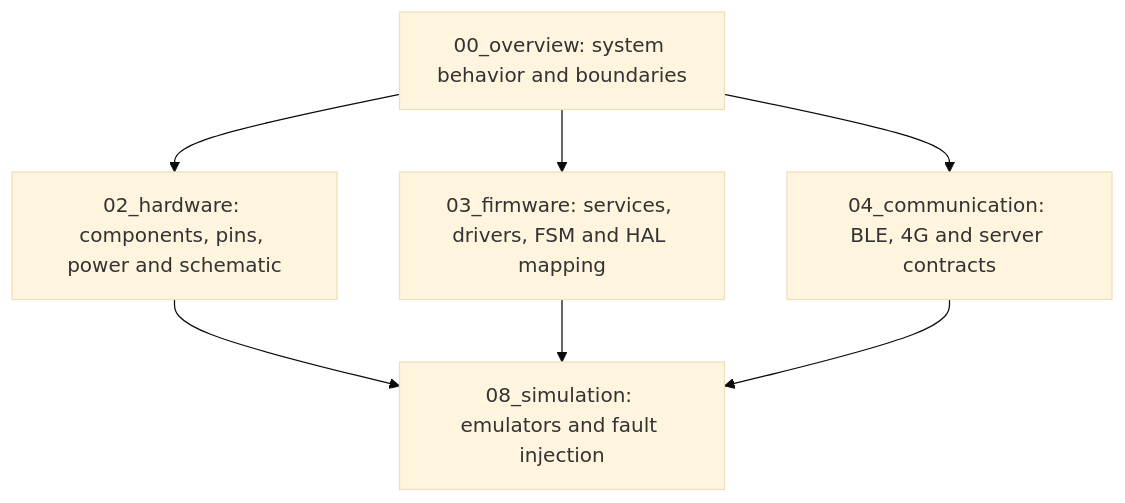
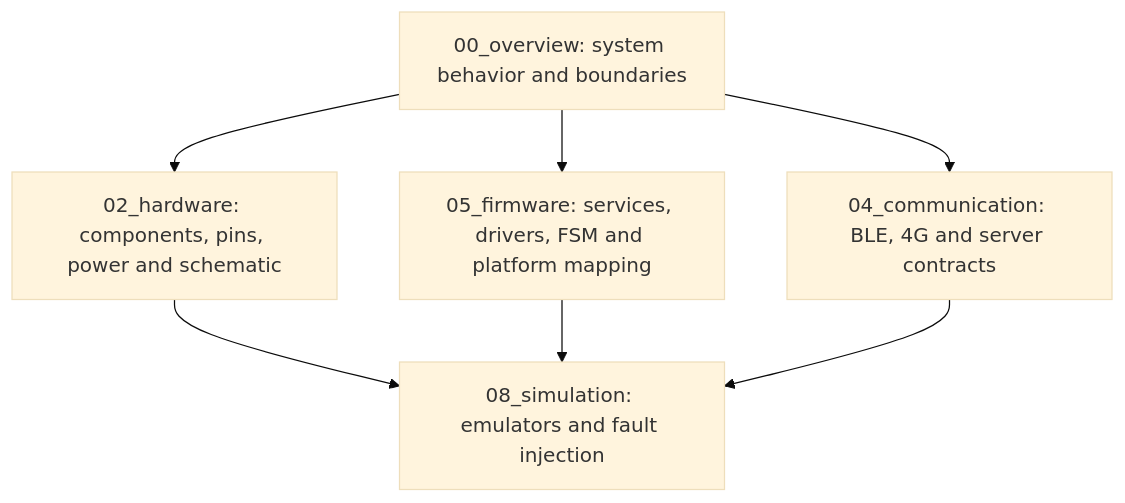
Before and after one commit to whoisLePhuc/smart-water-flow-pressure-monitor: the second of 2 diagrams in 1.docs/00_overview/README.md, drawn with Mermaid (base theme). The commit also changed other lines of this file and 15 other files, not shown here.

````diff
--- a/1.docs/00_overview/README.md
+++ b/1.docs/00_overview/README.md
@@ -358,10 +372,10 @@
 ```mermaid
 flowchart TD
     OVERVIEW["00_overview: system behavior and boundaries"] --> HARDWARE["02_hardware: components, pins, power and schematic"]
-    OVERVIEW --> FIRMWARE["03_firmware: services, drivers, FSM and HAL mapping"]
+    OVERVIEW --> FIRMWARE["05_firmware: services, drivers, FSM and platform mapping"]
     OVERVIEW --> COMM["04_communication: BLE, 4G and server contracts"]
 
     HARDWARE --> SIM["08_simulation: emulators and fault injection"]
     FIRMWARE --> SIM
     COMM --> SIM
 ```
````
